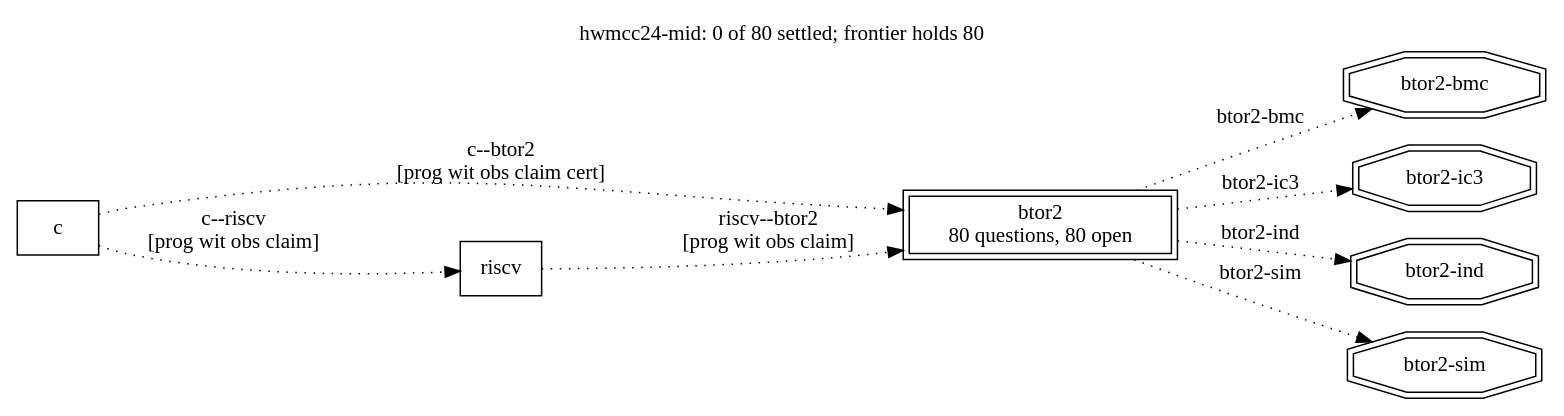
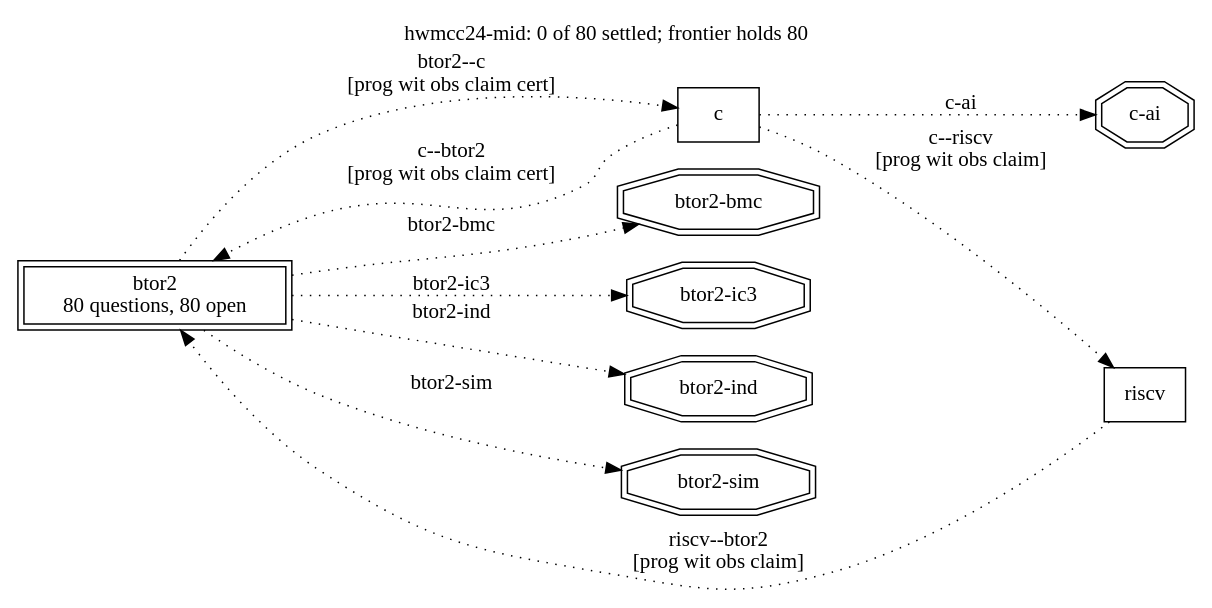
Before and after one commit to cksystemsgroup/hurdy-gurdy: the diagram in runs/hwmcc24-mid/frontier.dot, drawn with Graphviz. The commit also changed 85 other files, not shown here.

```diff
--- a/runs/hwmcc24-mid/frontier.dot
+++ b/runs/hwmcc24-mid/frontier.dot
@@ -1,19 +1,22 @@
 digraph "hwmcc24-mid" {
   rankdir=LR; labelloc=t;
   label="hwmcc24-mid: 0 of 80 settled; frontier holds 80";
   node [shape=box];
   "btor2" [peripheries=2, label="btor2\n80 questions, 80 open"];
   "c";
   "riscv";
+  "btor2" -> "c" [style=dotted, label="btor2--c\n[prog wit obs claim cert]"];
   "c" -> "btor2" [style=dotted, label="c--btor2\n[prog wit obs claim cert]"];
   "c" -> "riscv" [style=dotted, label="c--riscv\n[prog wit obs claim]"];
   "riscv" -> "btor2" [style=dotted, label="riscv--btor2\n[prog wit obs claim]"];
   "search:btor2-bmc" [shape=doubleoctagon, label="btor2-bmc"];
   "btor2" -> "search:btor2-bmc" [style=dotted, label="btor2-bmc"];
   "search:btor2-ic3" [shape=doubleoctagon, label="btor2-ic3"];
   "btor2" -> "search:btor2-ic3" [style=dotted, label="btor2-ic3"];
   "search:btor2-ind" [shape=doubleoctagon, label="btor2-ind"];
   "btor2" -> "search:btor2-ind" [style=dotted, label="btor2-ind"];
   "search:btor2-sim" [shape=doubleoctagon, label="btor2-sim"];
   "btor2" -> "search:btor2-sim" [style=dotted, label="btor2-sim"];
+  "search:c-ai" [shape=doubleoctagon, label="c-ai"];
+  "c" -> "search:c-ai" [style=dotted, label="c-ai"];
 }
```
